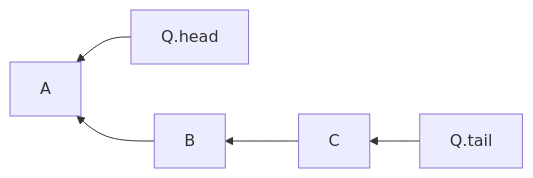
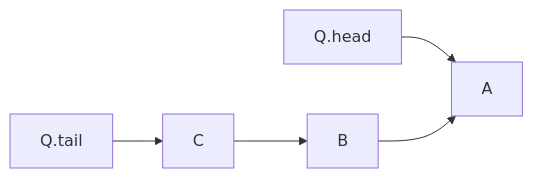
One commit to Eurydia/notes-singularity changed the ninth of 15 diagrams in Computer science/Data structures/Queue.md. Above: the diagram before and after it, drawn with Mermaid. The commit also changed other lines of this file and 4 other files, not shown here.

````diff
--- a/Computer science/Data structures/Queue.md
+++ b/Computer science/Data structures/Queue.md
@@ -88,5 +89,5 @@
-	```mermaid
-	flowchart RL
-		Q.head-->A
-		Q.tail-->C-->B-->A
-	```
+```mermaid
+flowchart LR
+	Q.head-->A
+	Q.tail-->C-->B-->A
+```
````
